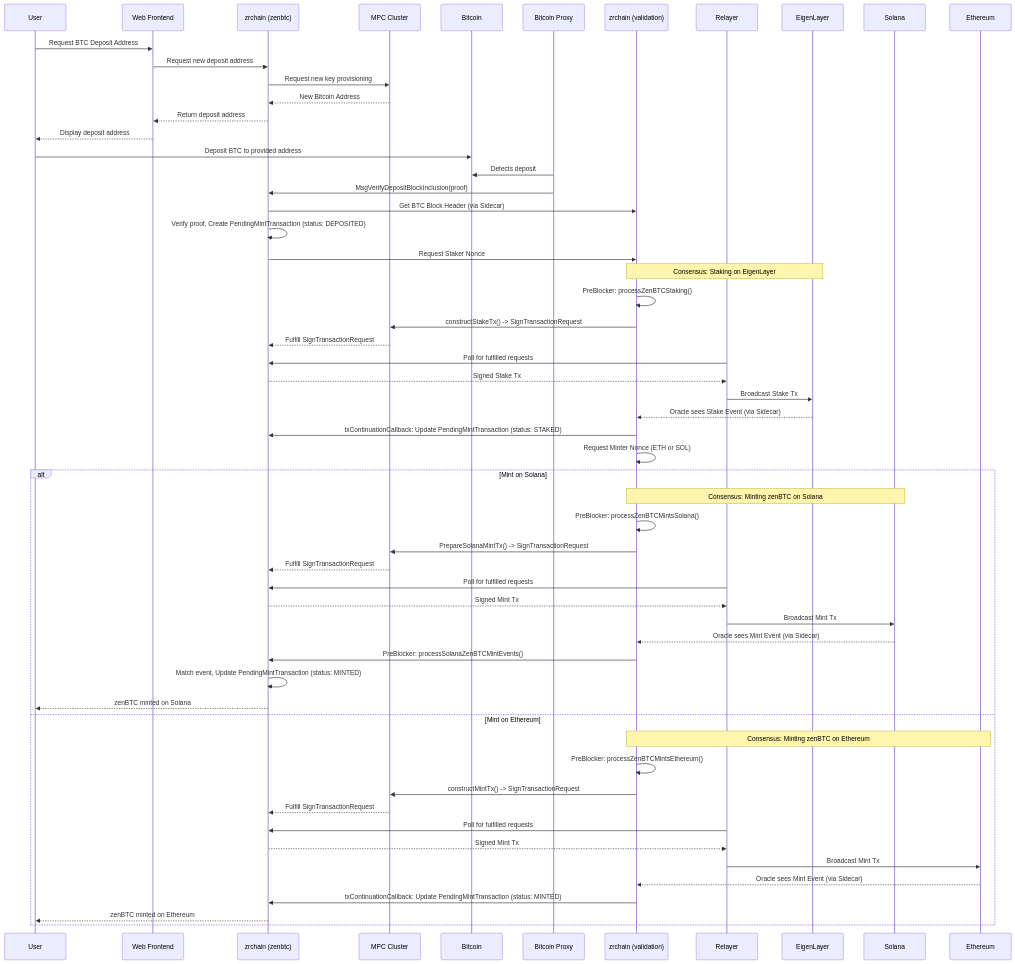
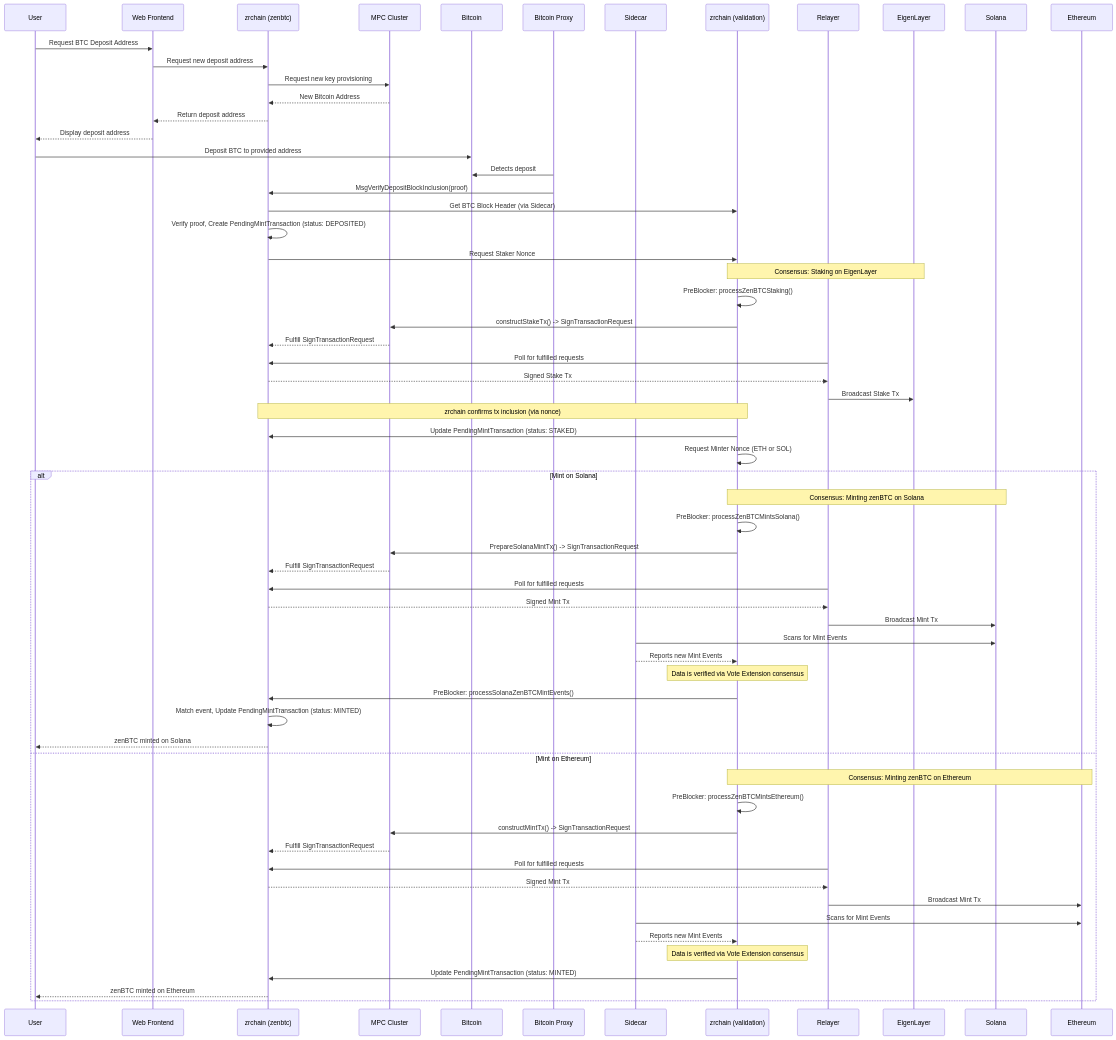
The first of 4 diagrams in docs/README.md (zenrocklabs/zrchain), drawn with Mermaid before and after one commit. The commit also changed other lines of this file, not shown here.

````diff
--- a/docs/README.md
+++ b/docs/README.md
@@ -13,66 +13,73 @@
 ```mermaid
 sequenceDiagram
     participant User
     participant Web Frontend
     participant zrchain as zrchain (zenbtc)
     participant MPC Cluster
     participant Bitcoin
     participant Bitcoin Proxy
+    participant Sidecar
     participant zrchain_val as zrchain (validation)
     participant Relayer
     participant EigenLayer
     participant Solana
     participant Ethereum
 
     User->>Web Frontend: Request BTC Deposit Address
     Web Frontend->>zrchain: Request new deposit address
     zrchain->>MPC Cluster: Request new key provisioning
     MPC Cluster-->>zrchain: New Bitcoin Address
     zrchain-->>Web Frontend: Return deposit address
     Web Frontend-->>User: Display deposit address
 
     User->>Bitcoin: Deposit BTC to provided address
     Bitcoin Proxy->>Bitcoin: Detects deposit
     Bitcoin Proxy->>zrchain: MsgVerifyDepositBlockInclusion(proof)
 
     zrchain->>zrchain_val: Get BTC Block Header (via Sidecar)
     zrchain->>zrchain: Verify proof, Create PendingMintTransaction (status: DEPOSITED)
     zrchain->>zrchain_val: Request Staker Nonce
 
     Note over zrchain_val,EigenLayer: Consensus: Staking on EigenLayer
     zrchain_val->>zrchain_val: PreBlocker: processZenBTCStaking()
     zrchain_val->>MPC Cluster: constructStakeTx() -> SignTransactionRequest
     MPC Cluster-->>zrchain: Fulfill SignTransactionRequest
     Relayer->>zrchain: Poll for fulfilled requests
     zrchain-->>Relayer: Signed Stake Tx
     Relayer->>EigenLayer: Broadcast Stake Tx
 
-    EigenLayer-->>zrchain_val: Oracle sees Stake Event (via Sidecar)
-    zrchain_val->>zrchain: txContinuationCallback: Update PendingMintTransaction (status: STAKED)
+    Note over zrchain_val, zrchain: zrchain confirms tx inclusion (via nonce)
+    zrchain_val->>zrchain: Update PendingMintTransaction (status: STAKED)
     zrchain_val->>zrchain_val: Request Minter Nonce (ETH or SOL)
 
     alt Mint on Solana
         Note over zrchain_val,Solana: Consensus: Minting zenBTC on Solana
         zrchain_val->>zrchain_val: PreBlocker: processZenBTCMintsSolana()
         zrchain_val->>MPC Cluster: PrepareSolanaMintTx() -> SignTransactionRequest
         MPC Cluster-->>zrchain: Fulfill SignTransactionRequest
         Relayer->>zrchain: Poll for fulfilled requests
         zrchain-->>Relayer: Signed Mint Tx
         Relayer->>Solana: Broadcast Mint Tx
-        Solana-->>zrchain_val: Oracle sees Mint Event (via Sidecar)
+        
+        Sidecar->>Solana: Scans for Mint Events
+        Sidecar-->>zrchain_val: Reports new Mint Events
+        Note over zrchain_val: Data is verified via Vote Extension consensus
         zrchain_val->>zrchain: PreBlocker: processSolanaZenBTCMintEvents()
         zrchain->>zrchain: Match event, Update PendingMintTransaction (status: MINTED)
         zrchain-->>User: zenBTC minted on Solana
     else Mint on Ethereum
         Note over zrchain_val,Ethereum: Consensus: Minting zenBTC on Ethereum
         zrchain_val->>zrchain_val: PreBlocker: processZenBTCMintsEthereum()
         zrchain_val->>MPC Cluster: constructMintTx() -> SignTransactionRequest
         MPC Cluster-->>zrchain: Fulfill SignTransactionRequest
         Relayer->>zrchain: Poll for fulfilled requests
         zrchain-->>Relayer: Signed Mint Tx
         Relayer->>Ethereum: Broadcast Mint Tx
-        Ethereum-->>zrchain_val: Oracle sees Mint Event (via Sidecar)
-        zrchain_val->>zrchain: txContinuationCallback: Update PendingMintTransaction (status: MINTED)
+
+        Sidecar->>Ethereum: Scans for Mint Events
+        Sidecar-->>zrchain_val: Reports new Mint Events
+        Note over zrchain_val: Data is verified via Vote Extension consensus
+        zrchain_val->>zrchain: Update PendingMintTransaction (status: MINTED)
         zrchain-->>User: zenBTC minted on Ethereum
     end
 ```
````
